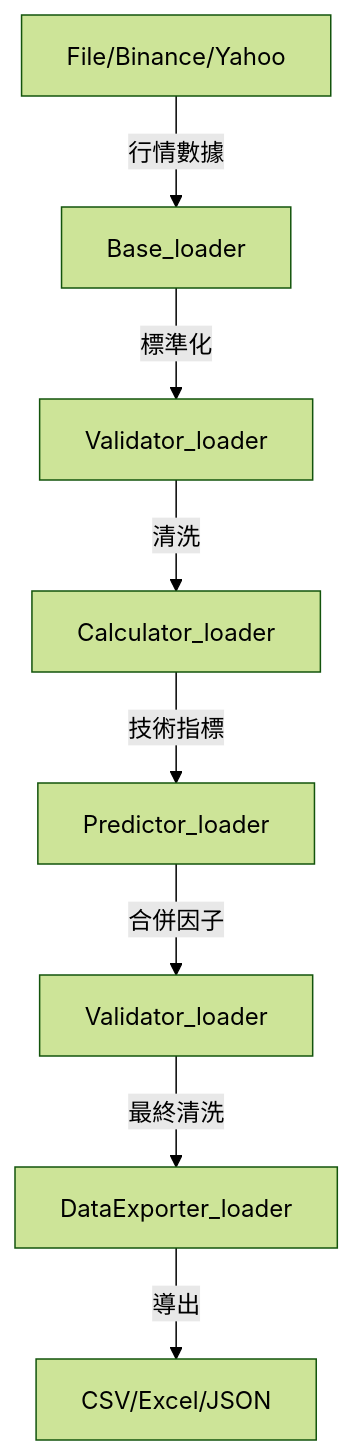
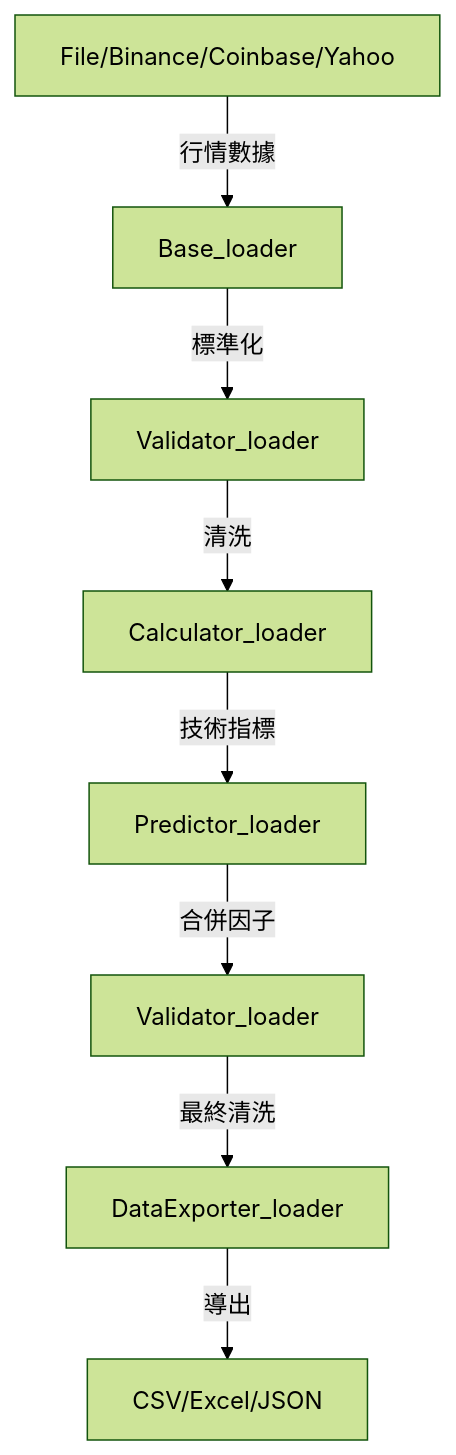
One commit to lo2cin4/lo2cin4bt changed the diagram in dataloader/README.md. Above: the diagram before and after it, drawn with Mermaid (forest theme). The commit also changed other lines of this file, not shown here.

````diff
--- a/dataloader/README.md
+++ b/dataloader/README.md
@@ -91,10 +93,10 @@
 ```mermaid
 flowchart TD
-    A[File/Binance/Yahoo] -->|行情數據| B[Base_loader]
+    A[File/Binance/Coinbase/Yahoo] -->|行情數據| B[Base_loader]
     B -->|標準化| C[Validator_loader]
     C -->|清洗| D[Calculator_loader]
     D -->|技術指標| E[Predictor_loader]
     E -->|合併因子| F[Validator_loader]
     F -->|最終清洗| G[DataExporter_loader]
     G -->|導出| H[CSV/Excel/JSON]
 ```
````
